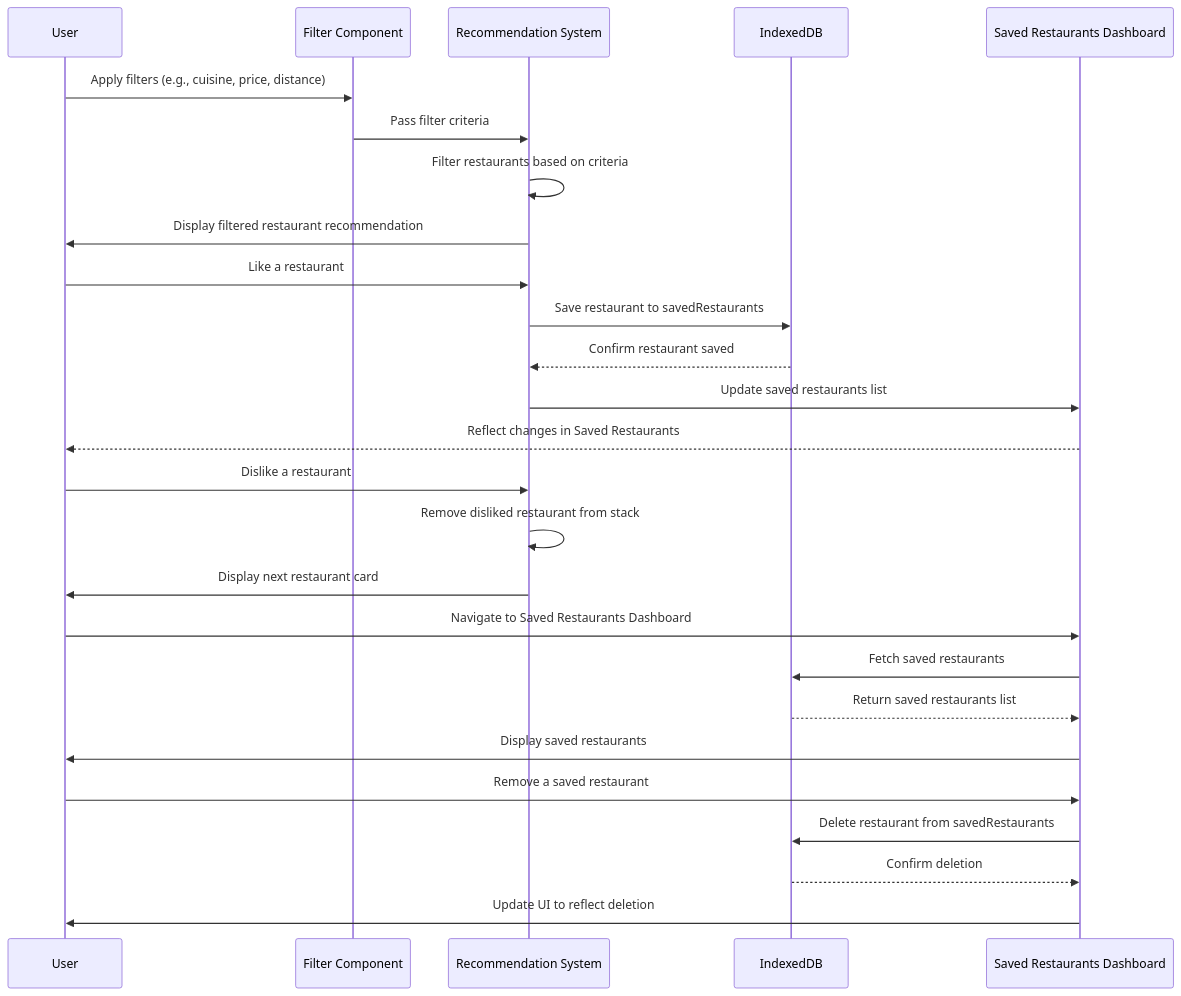
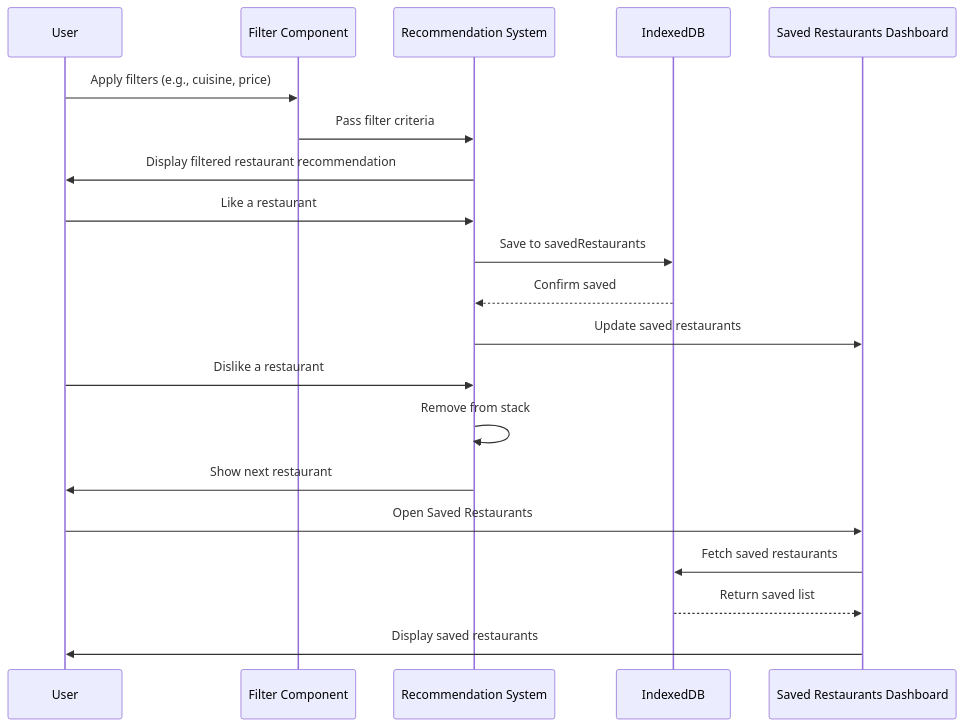
Before and after one commit to addie-p/Team20-Project: the diagram in team/m3/addie-padhi/feature-sequence-diagram.md, drawn with Mermaid.

Commit message:
Update feature-sequence-diagram.md
Update feature sequence diagram to simplify workflow

````diff
--- a/team/m3/addie-padhi/feature-sequence-diagram.md
+++ b/team/m3/addie-padhi/feature-sequence-diagram.md
@@ -15,34 +15,27 @@
 ```mermaid
 sequenceDiagram
     participant User as User
     participant Filter as Filter Component
     participant Recommendation as Recommendation System
     participant IndexedDB as IndexedDB
     participant SavedDashboard as Saved Restaurants Dashboard
 
-    User->>Filter: Apply filters (e.g., cuisine, price, distance)
+    User->>Filter: Apply filters (e.g., cuisine, price)
     Filter->>Recommendation: Pass filter criteria
-    Recommendation->>Recommendation: Filter restaurants based on criteria
     Recommendation->>User: Display filtered restaurant recommendation
 
     User->>Recommendation: Like a restaurant
-    Recommendation->>IndexedDB: Save restaurant to savedRestaurants
-    IndexedDB-->>Recommendation: Confirm restaurant saved
-    Recommendation->>SavedDashboard: Update saved restaurants list
-    SavedDashboard-->>User: Reflect changes in Saved Restaurants
+    Recommendation->>IndexedDB: Save to savedRestaurants
+    IndexedDB-->>Recommendation: Confirm saved
+    Recommendation->>SavedDashboard: Update saved restaurants
 
     User->>Recommendation: Dislike a restaurant
-    Recommendation->>Recommendation: Remove disliked restaurant from stack
-    Recommendation->>User: Display next restaurant card
+    Recommendation->>Recommendation: Remove from stack
+    Recommendation->>User: Show next restaurant
 
-    User->>SavedDashboard: Navigate to Saved Restaurants Dashboard
+    User->>SavedDashboard: Open Saved Restaurants
     SavedDashboard->>IndexedDB: Fetch saved restaurants
-    IndexedDB-->>SavedDashboard: Return saved restaurants list
+    IndexedDB-->>SavedDashboard: Return saved list
     SavedDashboard->>User: Display saved restaurants
 
-    User->>SavedDashboard: Remove a saved restaurant
-    SavedDashboard->>IndexedDB: Delete restaurant from savedRestaurants
-    IndexedDB-->>SavedDashboard: Confirm deletion
-    SavedDashboard->>User: Update UI to reflect deletion
-
 ```
````
